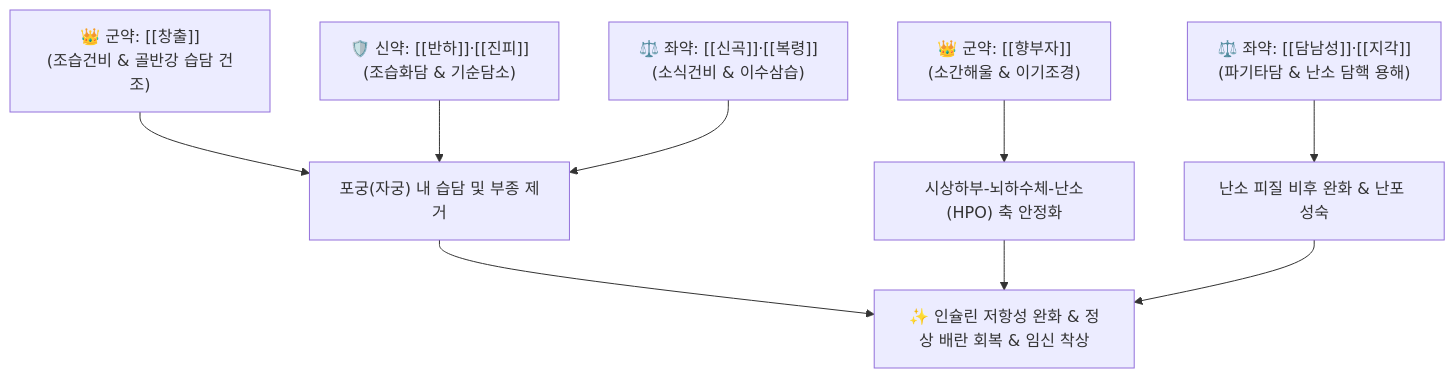
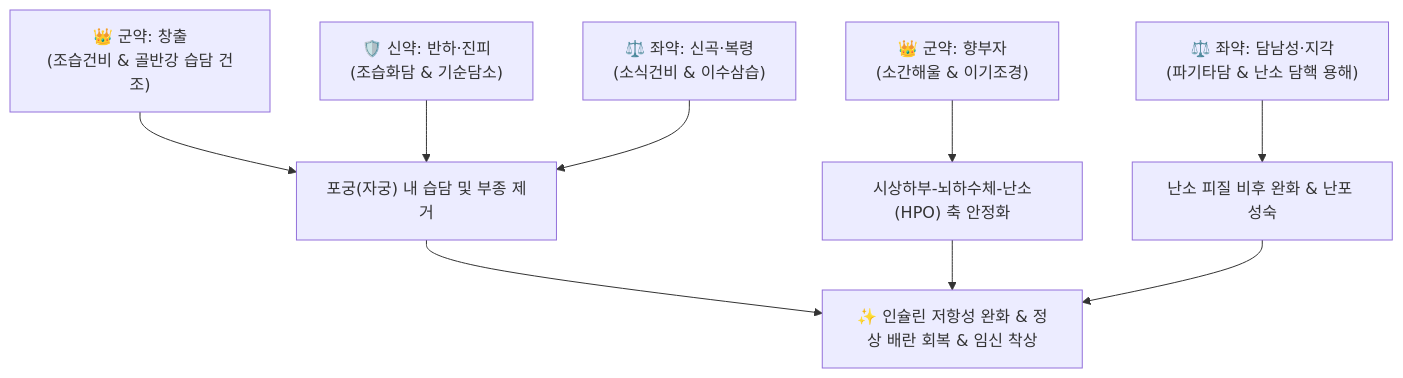
Before and after one commit to simbio11/simbio-digital-garden2: the diagram in content/2. 약리 공부/처방/03_화담·거습·이수제/창부도담탕.md, drawn with Mermaid. The commit also changed other lines of this file and 122 other files, not shown here.

````diff
--- a/content/2. 약리 공부/처방/03_화담·거습·이수제/창부도담탕.md
+++ b/content/2. 약리 공부/처방/03_화담·거습·이수제/창부도담탕.md
@@ -61,11 +61,11 @@
 ```mermaid
 graph TD
-    Gun1["👑 군약: [[창출]]<br>(조습건비 & 골반강 습담 건조)"] --> Clear["포궁(자궁) 내 습담 및 부종 제거"]
-    Gun2["👑 군약: [[향부자]]<br>(소간해울 & 이기조경)"] --> HPO["시상하부-뇌하수체-난소(HPO) 축 안정화"]
-    Sin["🛡️ 신약: [[반하]]·[[진피]]<br>(조습화담 & 기순담소)"] --> Clear
-    Jwa1["⚖️ 좌약: [[담남성]]·[[지각]]<br>(파기타담 & 난소 담핵 용해)"] --> Follicle["난소 피질 비후 완화 & 난포 성숙"]
-    Jwa2["⚖️ 좌약: [[신곡]]·[[복령]]<br>(소식건비 & 이수삼습)"] --> Clear
+    Gun1["👑 군약: 창출<br>(조습건비 & 골반강 습담 건조)"] --> Clear["포궁(자궁) 내 습담 및 부종 제거"]
+    Gun2["👑 군약: 향부자<br>(소간해울 & 이기조경)"] --> HPO["시상하부-뇌하수체-난소(HPO) 축 안정화"]
+    Sin["🛡️ 신약: 반하·진피<br>(조습화담 & 기순담소)"] --> Clear
+    Jwa1["⚖️ 좌약: 담남성·지각<br>(파기타담 & 난소 담핵 용해)"] --> Follicle["난소 피질 비후 완화 & 난포 성숙"]
+    Jwa2["⚖️ 좌약: 신곡·복령<br>(소식건비 & 이수삼습)"] --> Clear
     Clear --> Ovulation["✨ 인슐린 저항성 완화 & 정상 배란 회복 & 임신 착상"]
     HPO --> Ovulation
     Follicle --> Ovulation
 ```
````
